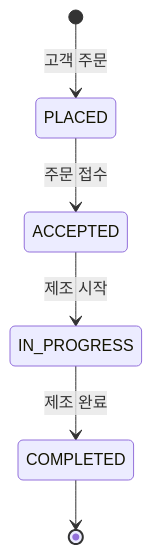
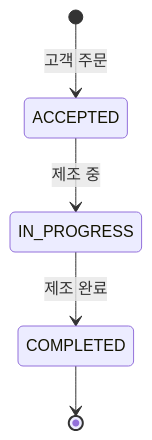
One commit to yamuzer/order-app changed the second of 3 diagrams in docs/PRD.md. Above: the diagram before and after it, drawn with Mermaid. The commit also changed other lines of this file and 25 other files, not shown here.

````diff
--- a/docs/PRD.md
+++ b/docs/PRD.md
@@ -502,8 +502,7 @@
 ```mermaid
 stateDiagram-v2
-    [*] --> PLACED: 고객 주문
-    PLACED --> ACCEPTED: 주문 접수
-    ACCEPTED --> IN_PROGRESS: 제조 시작
+    [*] --> ACCEPTED: 고객 주문
+    ACCEPTED --> IN_PROGRESS: 제조 중
     IN_PROGRESS --> COMPLETED: 제조 완료
     COMPLETED --> [*]
 ```
````
